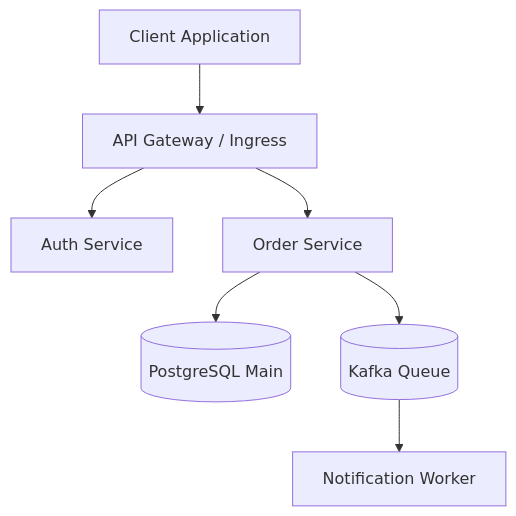
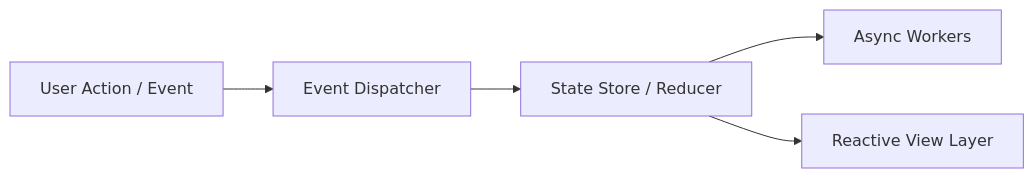
One commit to tienbac2314/skills changed the diagram in write-docs/SKILL.md. Above: the diagram before and after it, drawn with Mermaid. The commit also changed other lines of this file and 2 other files, not shown here.

````diff
--- a/write-docs/SKILL.md
+++ b/write-docs/SKILL.md
@@ -77,9 +60,7 @@
    ```mermaid
-   graph TD
-     Client[Client Application] --> Gateway[API Gateway / Ingress]
-     Gateway --> AuthService[Auth Service]
-     Gateway --> OrderService[Order Service]
-     OrderService --> DB[(PostgreSQL Main)]
-     OrderService --> EventBus[(Kafka Queue)]
-     EventBus --> WorkerService[Notification Worker]
+   graph LR
+     Input[User Action / Event] --> Dispatcher[Event Dispatcher]
+     Dispatcher --> Reducer[State Store / Reducer]
+     Reducer --> SideEffects[Async Workers]
+     Reducer --> View[Reactive View Layer]
    ```
````
